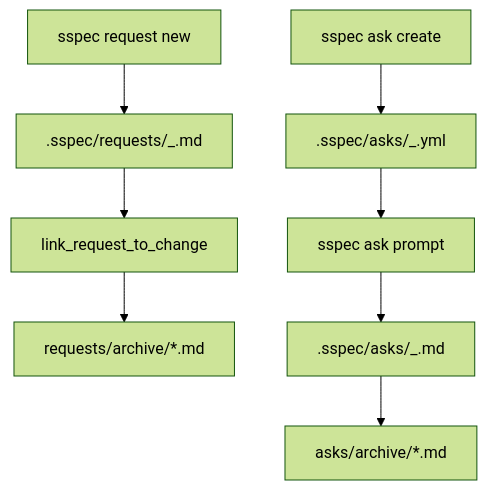
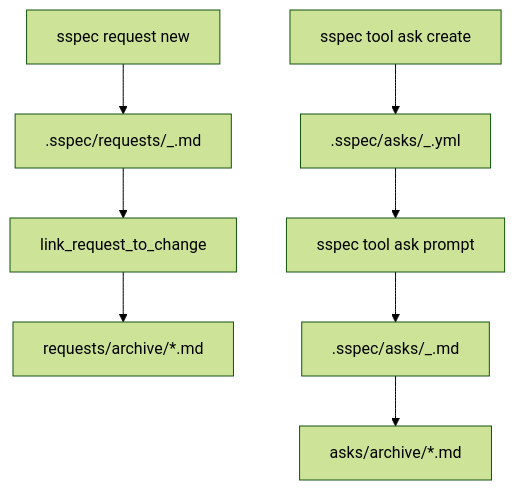
The diagram in .sspec/spec-docs/interaction-records.md (frostime/simpe-spec), drawn with Mermaid (forest theme) before and after one commit. The commit also changed other lines of this file and 12 other files, not shown here.

First line of the commit message:
✨ feat(cli): add tool ask fallback

````diff
--- a/.sspec/spec-docs/interaction-records.md
+++ b/.sspec/spec-docs/interaction-records.md
@@ -31,11 +35,11 @@
 ```mermaid
 graph TD
     R1[sspec request new] --> R2[.sspec/requests/<ts>_<name>.md]
     R2 --> R3[link_request_to_change]
     R3 --> R4[requests/archive/*.md]
 
-    A1[sspec ask create] --> A2[.sspec/asks/<ts>_<name>.yml]
-    A2 --> A3[sspec ask prompt]
+    A1[sspec tool ask create] --> A2[.sspec/asks/<ts>_<name>.yml]
+    A2 --> A3[sspec tool ask prompt]
     A3 --> A4[.sspec/asks/<ts>_<name>.md]
     A4 --> A5[asks/archive/*.md]
 ```
````
